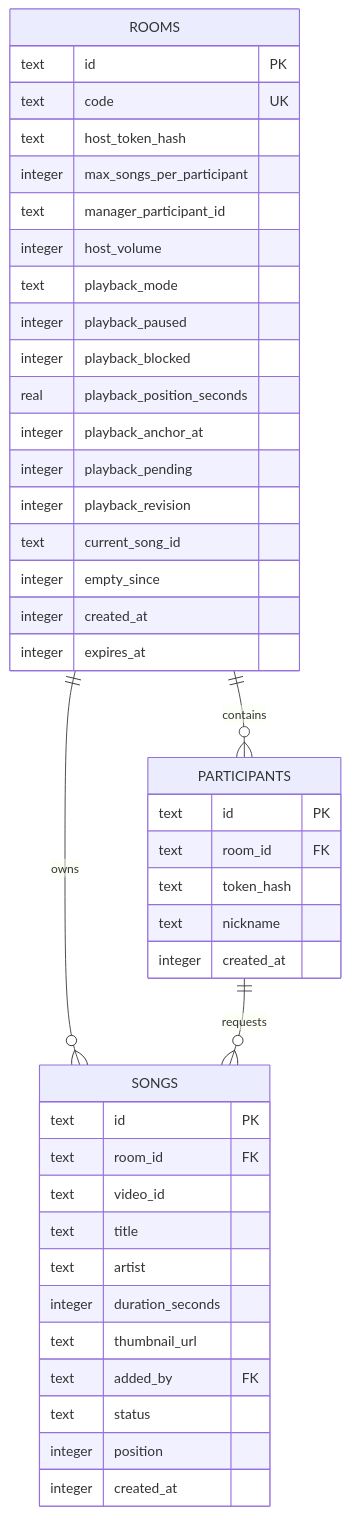
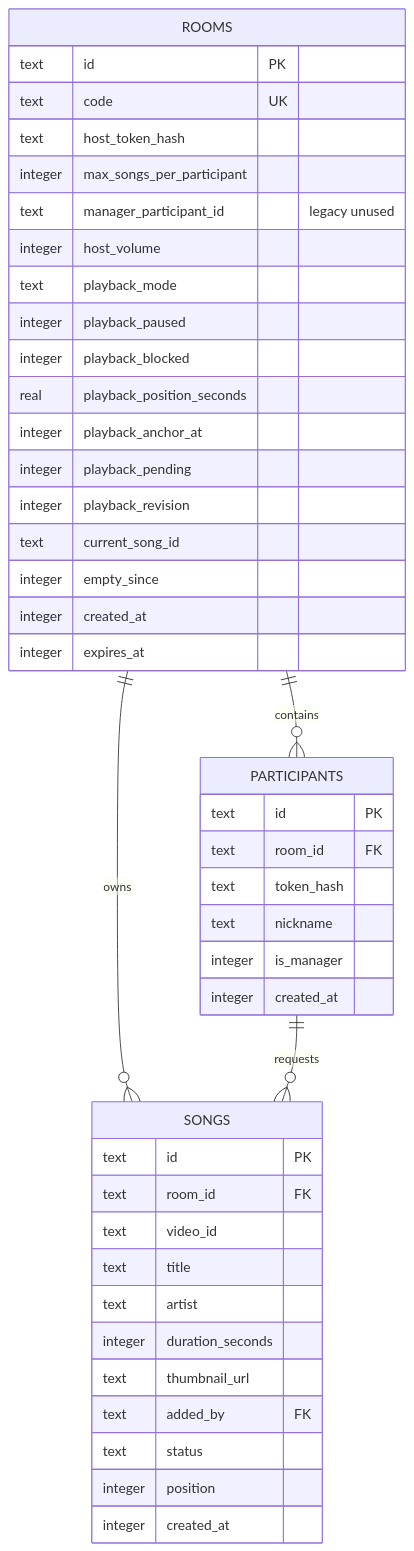
One commit to whitekw/jukebox changed the first of 2 diagrams in docs/DATA_MODEL.md. Above: the diagram before and after it, drawn with Mermaid. The commit also changed other lines of this file and 18 other files, not shown here.

````diff
--- a/docs/DATA_MODEL.md
+++ b/docs/DATA_MODEL.md
@@ -7,48 +7,49 @@
 ```mermaid
 erDiagram
     ROOMS ||--o{ PARTICIPANTS : contains
     ROOMS ||--o{ SONGS : owns
     PARTICIPANTS ||--o{ SONGS : requests
 
     ROOMS {
         text id PK
         text code UK
         text host_token_hash
         integer max_songs_per_participant
-        text manager_participant_id
+        text manager_participant_id "legacy unused"
         integer host_volume
         text playback_mode
         integer playback_paused
         integer playback_blocked
         real playback_position_seconds
         integer playback_anchor_at
         integer playback_pending
         integer playback_revision
         text current_song_id
         integer empty_since
         integer created_at
         integer expires_at
     }
 
     PARTICIPANTS {
         text id PK
         text room_id FK
         text token_hash
         text nickname
+        integer is_manager
         integer created_at
     }
 
     SONGS {
         text id PK
         text room_id FK
         text video_id
         text title
         text artist
         integer duration_seconds
         text thumbnail_url
         text added_by FK
         text status
         integer position
         integer created_at
     }
 ```
````
